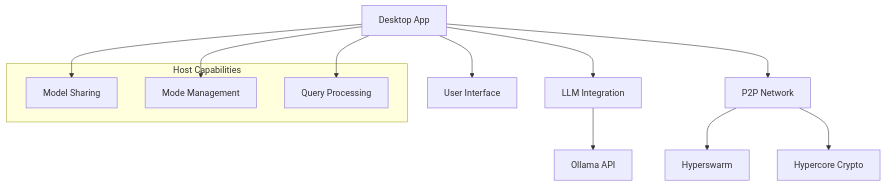
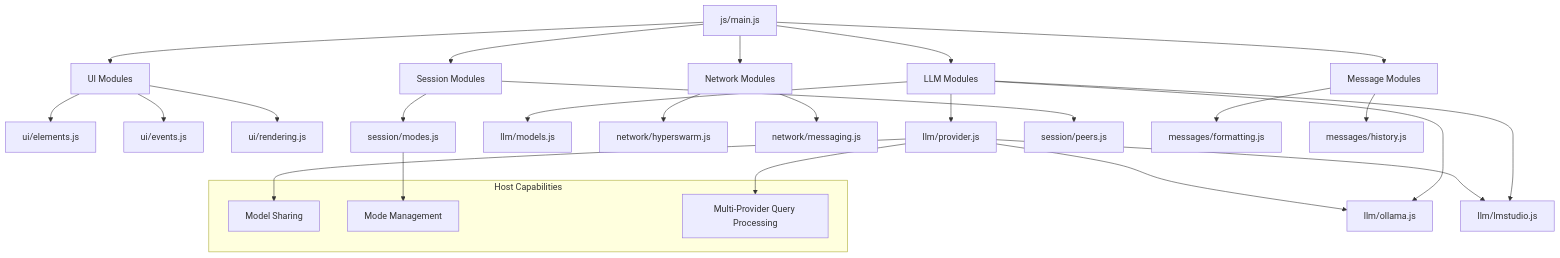
The first of 5 diagrams in memory-bank/systemPatterns.md (noubre/seekdeep), drawn with Mermaid before and after one commit. The commit also changed other lines of this file and 4 other files, not shown here.

````diff
--- a/memory-bank/systemPatterns.md
+++ b/memory-bank/systemPatterns.md
@@ -6,20 +6,39 @@
 ```mermaid
 graph TD
-    Client[Desktop App] --> LLM[LLM Integration]
-    Client --> P2P[P2P Network]
-    Client --> UI[User Interface]
+    Main[js/main.js] --> UI[UI Modules]
+    Main --> LLM[LLM Modules]
+    Main --> Network[Network Modules]
+    Main --> Session[Session Modules]
+    Main --> Messages[Message Modules]
     
-    LLM --> Ollama[Ollama API]
-    P2P --> Hyperswarm[Hyperswarm]
-    P2P --> Crypto[Hypercore Crypto]
+    UI --> Elements[ui/elements.js]
+    UI --> Events[ui/events.js]
+    UI --> Rendering[ui/rendering.js]
+    
+    LLM --> Provider[llm/provider.js]
+    LLM --> Ollama[llm/ollama.js]
+    LLM --> LMStudio[llm/lmstudio.js]
+    LLM --> Models[llm/models.js]
+    
+    Network --> Hyperswarm[network/hyperswarm.js]
+    Network --> Messaging[network/messaging.js]
+    
+    Session --> Modes[session/modes.js]
+    Session --> Peers[session/peers.js]
+    
+    Messages --> Formatting[messages/formatting.js]
+    Messages --> History[messages/history.js]
+    
+    Provider --> Ollama
+    Provider --> LMStudio
     
     subgraph "Host Capabilities"
         ModelSharing[Model Sharing]
         ModeManagement[Mode Management]
-        QueryProcessing[Query Processing]
+        QueryProcessing[Multi-Provider Query Processing]
     end
     
-    Client --> ModelSharing
-    Client --> ModeManagement
-    Client --> QueryProcessing
+    Provider --> ModelSharing
+    Modes --> ModeManagement
+    Provider --> QueryProcessing
 ```
````
